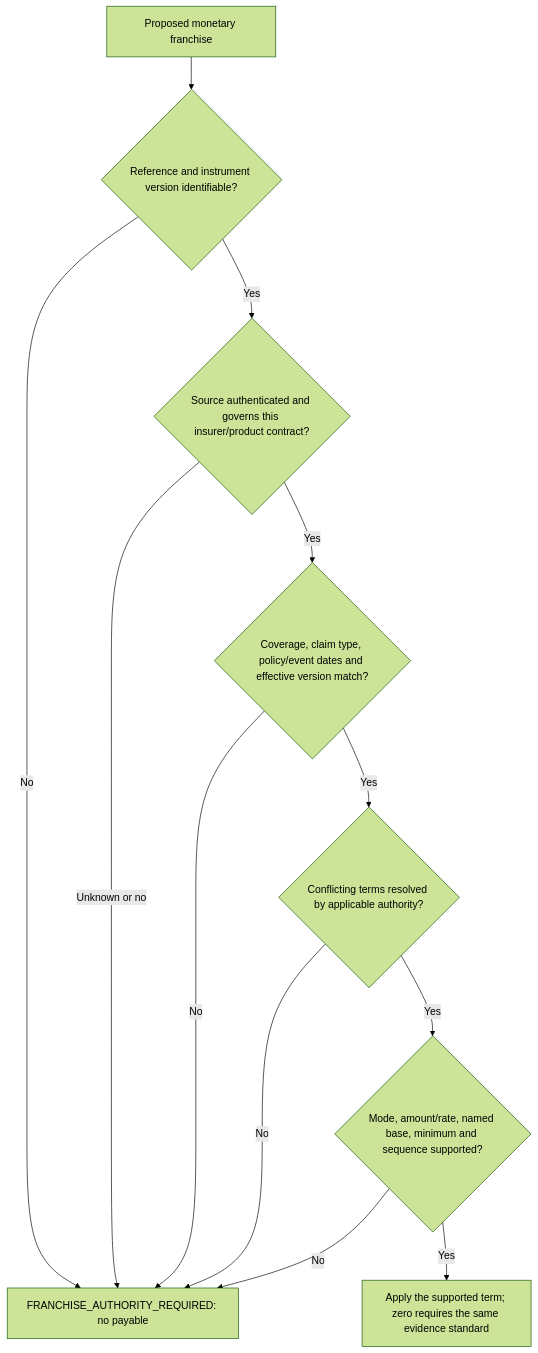
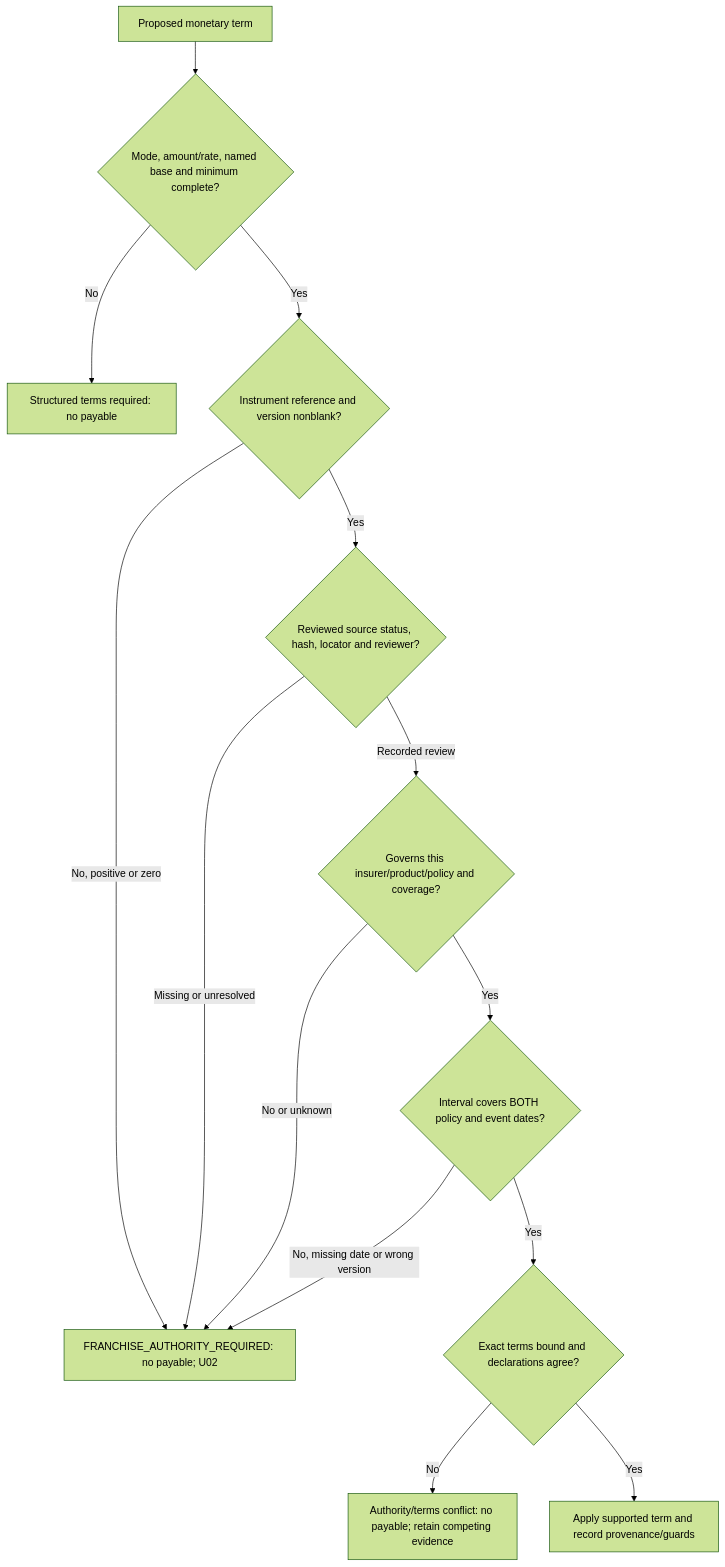
The second of 3 diagrams in docs/BODY_SALVAGE_FRANCHISE_ART10_FLOW.md (SoloMidMiram/Iranian-Auto-Body-Insurance-Claim-Calculation-Knowledge-Graph), drawn with Mermaid (forest theme) before and after one commit. The commit also changed other lines of this file and 46 other files, not shown here.

````diff
--- a/docs/BODY_SALVAGE_FRANCHISE_ART10_FLOW.md
+++ b/docs/BODY_SALVAGE_FRANCHISE_ART10_FLOW.md
@@ -20,14 +29,16 @@
 ```mermaid
 flowchart TD
-  A["Proposed monetary franchise"] --> B{"Reference and instrument version identifiable?"}
-  B -- "No" --> N["FRANCHISE_AUTHORITY_REQUIRED: no payable"]
-  B -- "Yes" --> C{"Source authenticated and governs this insurer/product contract?"}
-  C -- "Unknown or no" --> N
-  C -- "Yes" --> D{"Coverage, claim type, policy/event dates and effective version match?"}
-  D -- "No" --> N
-  D -- "Yes" --> E{"Conflicting terms resolved by applicable authority?"}
-  E -- "No" --> N
-  E -- "Yes" --> F{"Mode, amount/rate, named base, minimum and sequence supported?"}
-  F -- "No" --> N
-  F -- "Yes" --> G["Apply the supported term; zero requires the same evidence standard"]
+  A["Proposed monetary term"] --> B{"Mode, amount/rate, named base and minimum complete?"}
+  B -- "No" --> N["Structured terms required: no payable"]
+  B -- "Yes" --> C{"Instrument reference and version nonblank?"}
+  C -- "No, positive or zero" --> U["FRANCHISE_AUTHORITY_REQUIRED: no payable; U02"]
+  C -- "Yes" --> D{"Reviewed source status, hash, locator and reviewer?"}
+  D -- "Missing or unresolved" --> U
+  D -- "Recorded review" --> E{"Governs this insurer/product/policy and coverage?"}
+  E -- "No or unknown" --> U
+  E -- "Yes" --> F{"Interval covers BOTH policy and event dates?"}
+  F -- "No, missing date or wrong version" --> U
+  F -- "Yes" --> G{"Exact terms bound and declarations agree?"}
+  G -- "No" --> H["Authority/terms conflict: no payable; retain competing evidence"]
+  G -- "Yes" --> I["Apply supported term and record provenance/guards"]
 ```
````
